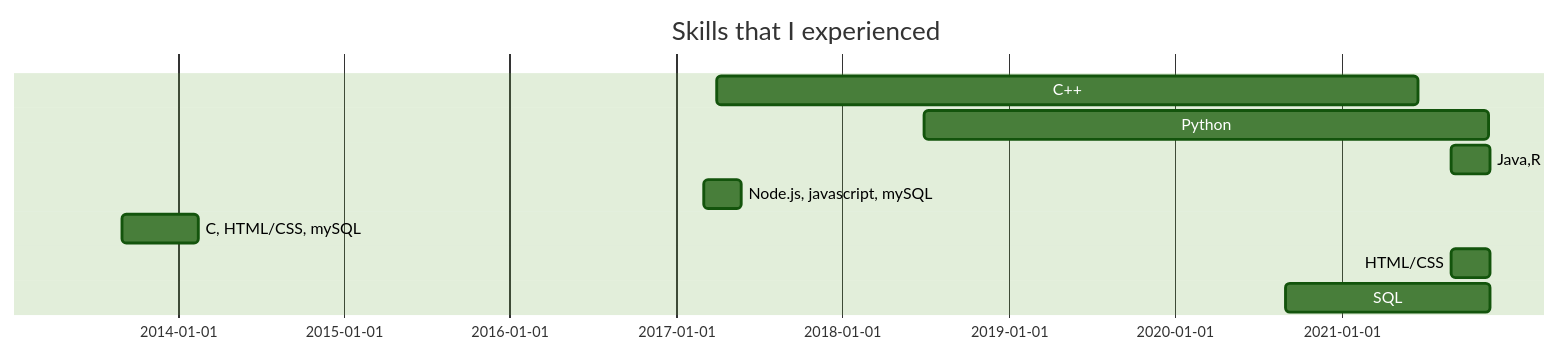
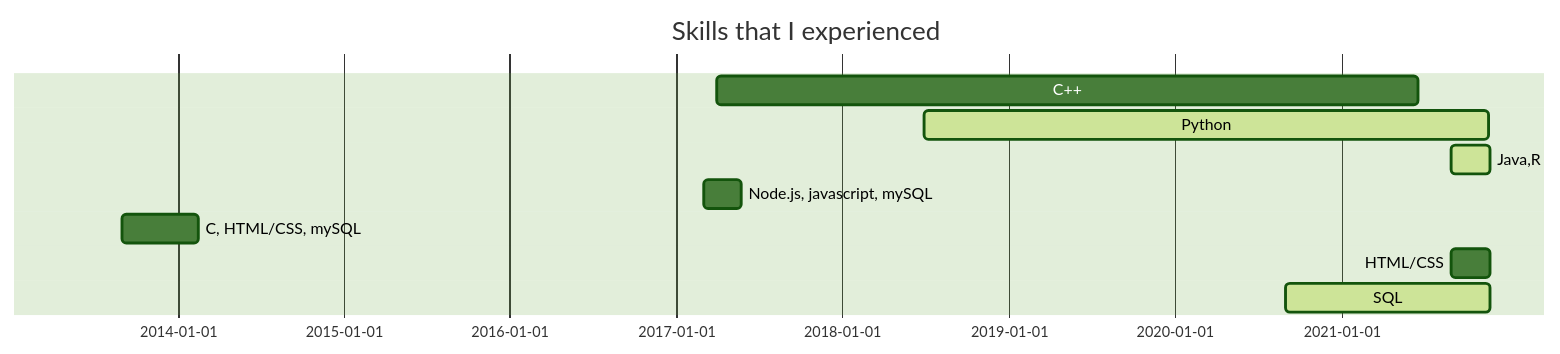
The diagram in about.md (JeongIn-K/chapter2-basic-2), drawn with Mermaid (forest theme) before and after one commit. The commit also changed other lines of this file, not shown here.

Commit message:
Update about.md
이미지, 정렬 수정
mermaid 안 나와서 수정...이번엔 나오나 ㅠㅠ

````diff
--- a/about.md
+++ b/about.md
@@ -20,12 +23,12 @@
 ```mermaid
  gantt
   title  Skills that I experienced
   dateFormat  YYYY-MM
-  C++ :a, 2017-04, 220w
-  Python :b, 2018-07, 177w
-  Java,R : c, 2021-09, 12w
-  Node.js, javascript, mySQL: d, 2017-03, 12w
-  C, HTML/CSS, mySQL: e,2013-09, 24w
-  HTML/CSS: e,2021-09, 12w
-  SQL: f, 2020-09, 64w
+  C++ : 2017-04, 220w
+  Python :active, 2018-07, 177w
+  Java,R :active, 2021-09, 12w
+  Node.js, javascript, mySQL: 2017-03, 12w
+  C, HTML/CSS, mySQL: 2013-09, 24w
+  HTML/CSS: 2021-09, 12w
+  SQL:active, 2020-09, 64w
 ```
````
